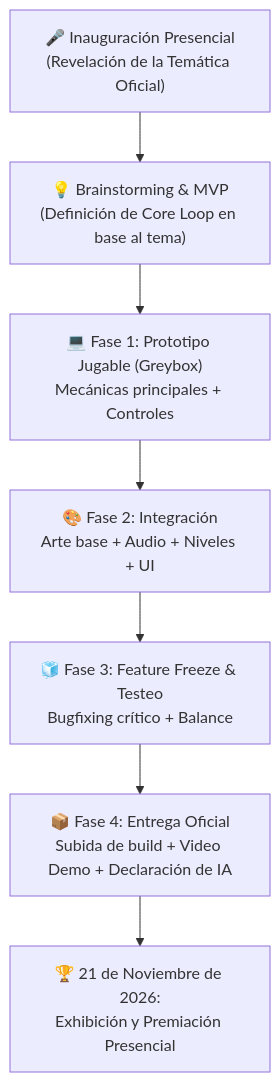
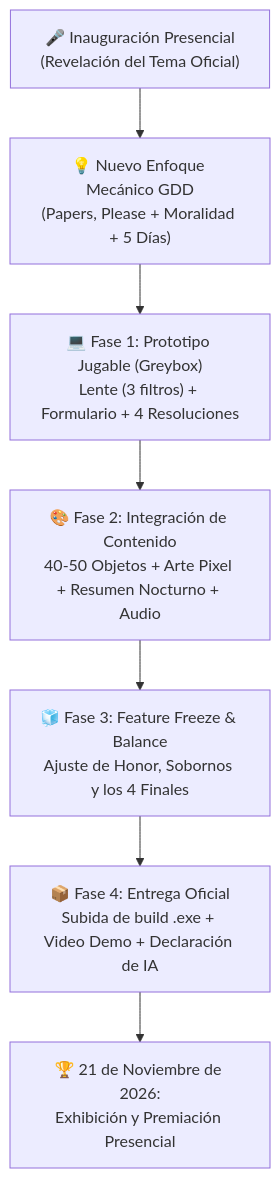
The diagram in 01_Planificacion_y_Tareas/Cronograma.md (StephenQuispeLipa/game-jam-umsa-2026-marraquetastudios-obsidian), drawn with Mermaid before and after one commit. The commit also changed other lines of this file and 12 other files, not shown here.

````diff
--- a/01_Planificacion_y_Tareas/Cronograma.md
+++ b/01_Planificacion_y_Tareas/Cronograma.md
@@ -13,9 +13,9 @@
 ```mermaid
 flowchart TD
-    Inauguracion["🎤 Inauguración Presencial<br>(Revelación de la Temática Oficial)"] --> Brainstorm["💡 Brainstorming & MVP<br>(Definición de Core Loop en base al tema)"]
-    Brainstorm --> DevCore["💻 Fase 1: Prototipo Jugable (Greybox)<br>Mecánicas principales + Controles"]
-    DevCore --> Integracion["🎨 Fase 2: Integración<br>Arte base + Audio + Niveles + UI"]
-    Integracion --> Freeze["🧊 Fase 3: Feature Freeze & Testeo<br>Bugfixing crítico + Balance"]
-    Freeze --> BuildFinal["📦 Fase 4: Entrega Oficial<br>Subida de build + Video Demo + Declaración de IA"]
+    Inauguracion["🎤 Inauguración Presencial<br>(Revelación del Tema Oficial)"] --> GDDUpdate["💡 Nuevo Enfoque Mecánico GDD<br>(Papers, Please + Moralidad + 5 Días)"]
+    GDDUpdate --> DevCore["💻 Fase 1: Prototipo Jugable (Greybox)<br>Lente (3 filtros) + Formulario + 4 Resoluciones"]
+    DevCore --> Integracion["🎨 Fase 2: Integración de Contenido<br>40-50 Objetos + Arte Pixel + Resumen Nocturno + Audio"]
+    Integracion --> Freeze["🧊 Fase 3: Feature Freeze & Balance<br>Ajuste de Honor, Sobornos y los 4 Finales"]
+    Freeze --> BuildFinal["📦 Fase 4: Entrega Oficial<br>Subida de build .exe + Video Demo + Declaración de IA"]
     BuildFinal --> Presencial["🏆 21 de Noviembre de 2026:<br>Exhibición y Premiación Presencial"]
 ```
````
